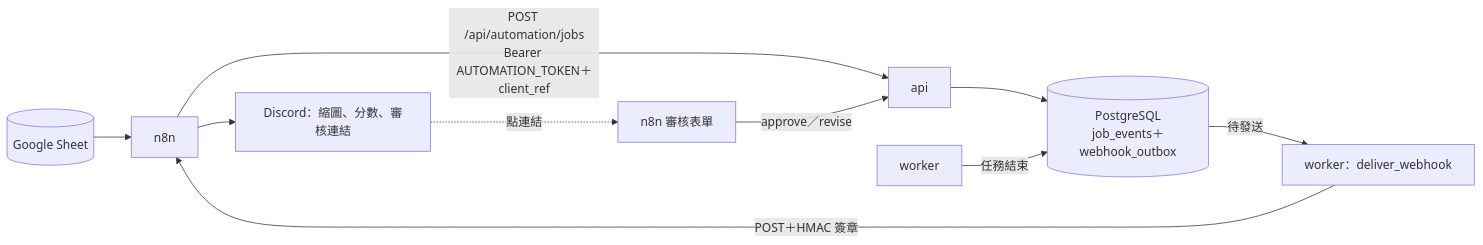
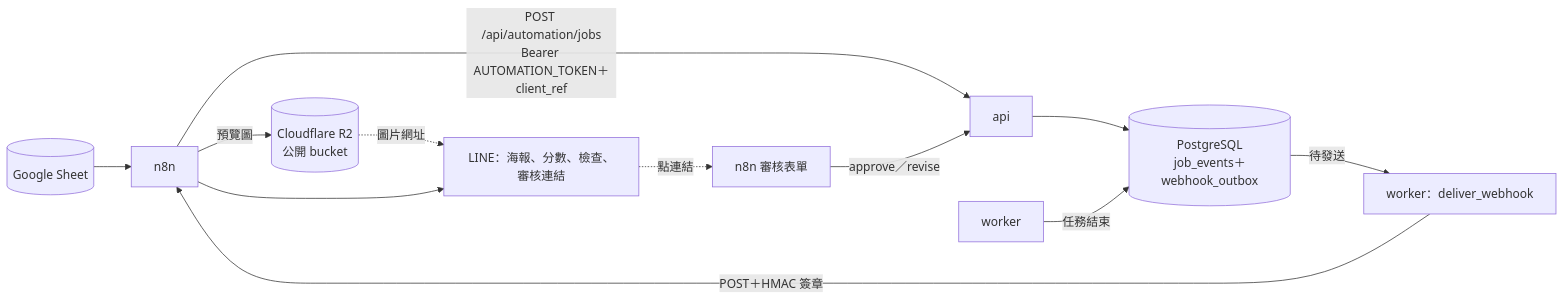
Before and after one commit to kayla162/genai-agent-studio: the diagram in n8n/README.md, drawn with Mermaid. The commit also changed other lines of this file and 9 other files, not shown here.

First line of the commit message:
feat: send n8n review notifications to LINE, with the poster hosted on Cloudflare R2

````diff
--- a/n8n/README.md
+++ b/n8n/README.md
@@ -14,12 +14,14 @@
 ```mermaid
 flowchart LR
   sheet[(Google Sheet)] --> n8n
   n8n -- "POST /api/automation/jobs<br/>Bearer AUTOMATION_TOKEN＋client_ref" --> api
   api --> pg[(PostgreSQL<br/>job_events＋webhook_outbox)]
   worker -- 任務結束 --> pg
   pg -- 待發送 --> sender[worker：deliver_webhook]
   sender -- "POST＋HMAC 簽章" --> n8n
-  n8n --> discord[Discord：縮圖、分數、審核連結]
-  discord -. 點連結 .-> form[n8n 審核表單]
+  n8n -- 預覽圖 --> r2[(Cloudflare R2<br/>公開 bucket)]
+  r2 -. 圖片網址 .-> line
+  n8n --> line[LINE：海報、分數、檢查、審核連結]
+  line -. 點連結 .-> form[n8n 審核表單]
   form -- "approve／revise" --> api
 ```
````
